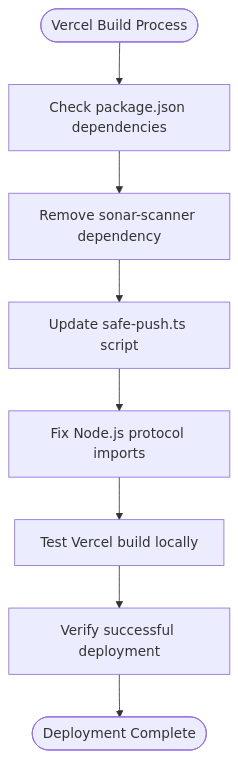
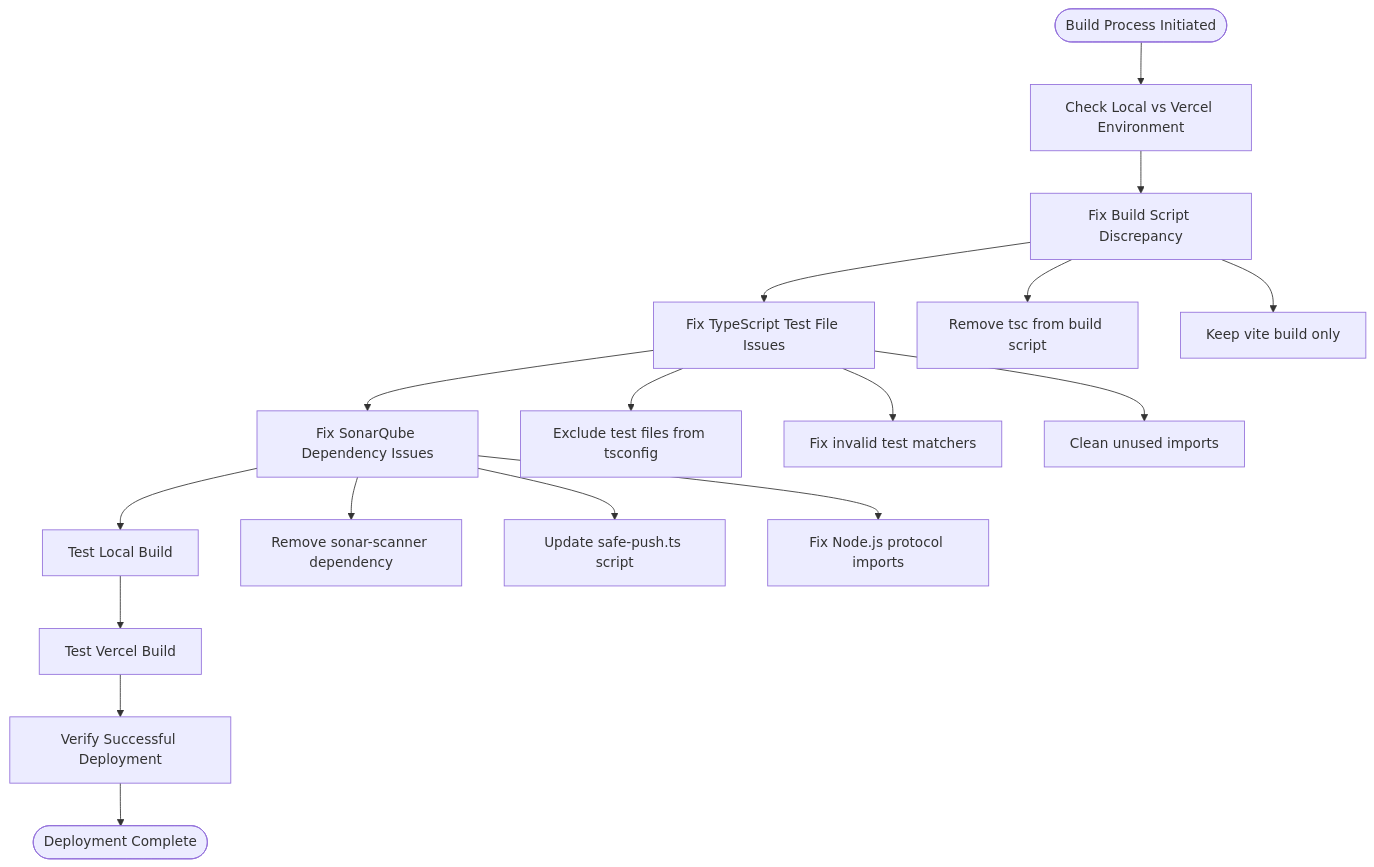
One commit to DoVuDung/cv-portfolio-builder changed the diagram in .qoder/repowiki/en/content/Advanced Features/Deployment & Configuration/Vercel Deployment Fix.md. Above: the diagram before and after it, drawn with Mermaid. The commit also changed other lines of this file and 6 other files, not shown here.

````diff
--- a/.qoder/repowiki/en/content/Advanced Features/Deployment & Configuration/Vercel Deployment Fix.md
+++ b/.qoder/repowiki/en/content/Advanced Features/Deployment & Configuration/Vercel Deployment Fix.md
@@ -123,10 +119,19 @@
 ```mermaid
 flowchart TD
-Start([Vercel Build Process]) --> CheckDeps["Check package.json dependencies"]
-CheckDeps --> RemoveSonar["Remove sonar-scanner dependency"]
-RemoveSonar --> UpdateScript["Update safe-push.ts script"]
-UpdateScript --> FixImports["Fix Node.js protocol imports"]
-FixImports --> TestBuild["Test Vercel build locally"]
-TestBuild --> VerifySuccess["Verify successful deployment"]
+Start([Build Process Initiated]) --> CheckLocal["Check Local vs Vercel Environment"]
+CheckLocal --> FixBuild["Fix Build Script Discrepancy"]
+FixBuild --> FixTS["Fix TypeScript Test File Issues"]
+FixTS --> FixSonar["Fix SonarQube Dependency Issues"]
+FixSonar --> TestLocal["Test Local Build"]
+TestLocal --> TestVercel["Test Vercel Build"]
+TestVercel --> VerifySuccess["Verify Successful Deployment"]
 VerifySuccess --> End([Deployment Complete])
+FixBuild --> RemoveTSC["Remove tsc from build script"]
+FixBuild --> KeepVite["Keep vite build only"]
+FixTS --> ExcludeTests["Exclude test files from tsconfig"]
+FixTS --> FixMatchers["Fix invalid test matchers"]
+FixTS --> CleanImports["Clean unused imports"]
+FixSonar --> RemoveDep["Remove sonar-scanner dependency"]
+FixSonar --> UpdateScript["Update safe-push.ts script"]
+FixSonar --> FixImports["Fix Node.js protocol imports"]
 ```
````
